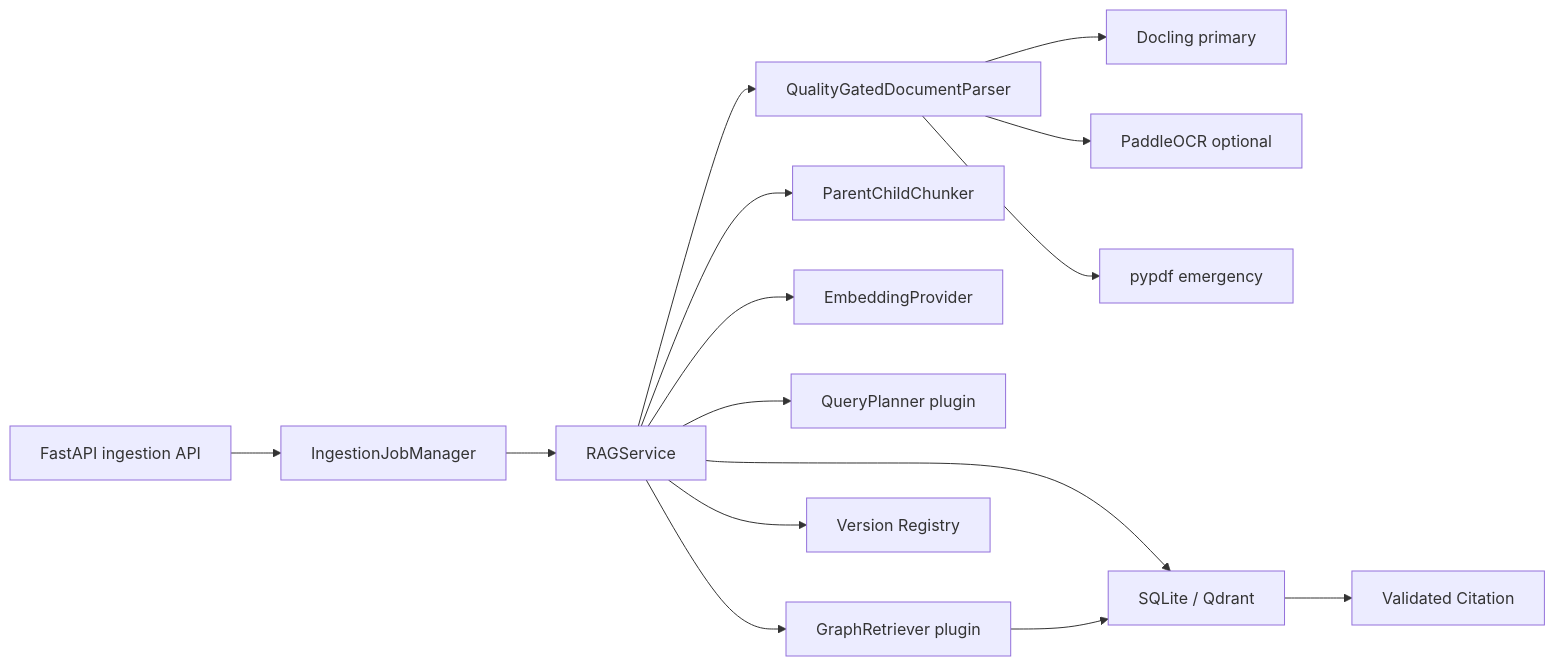
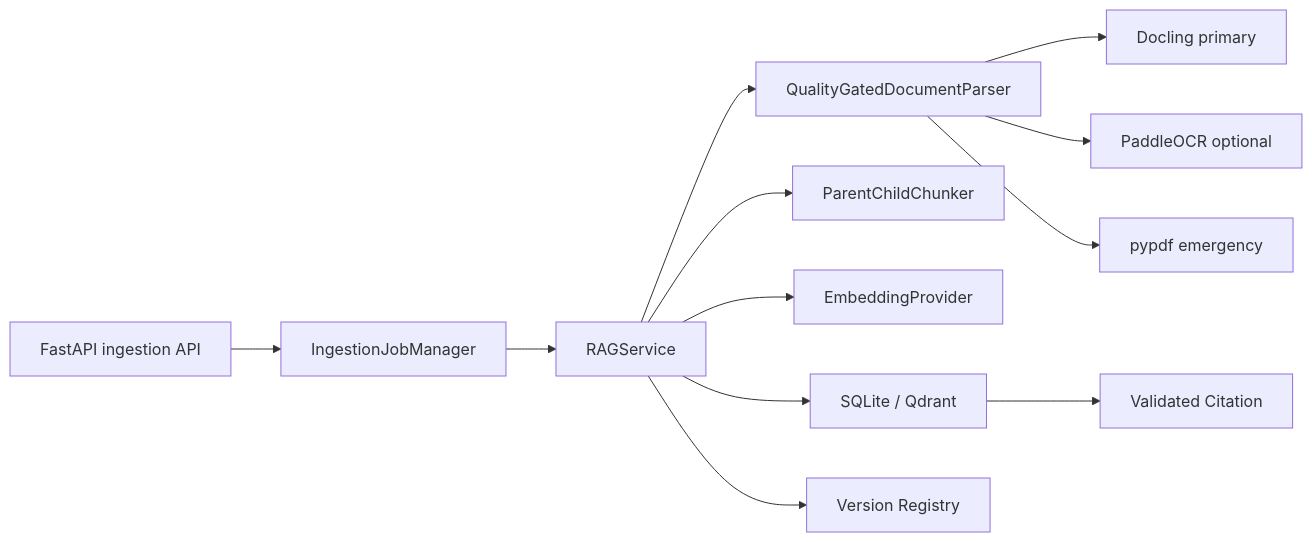
Before and after one commit to Cchena1/agentforge: the third of 6 diagrams in docs/architecture.md, drawn with Mermaid. The commit also changed other lines of this file and 11 other files, not shown here.

Commit message:
revert: move GraphRAG exploration to feature branch

````diff
--- a/docs/architecture.md
+++ b/docs/architecture.md
@@ -308,17 +307,14 @@
 ```mermaid
 flowchart LR
     API["FastAPI ingestion API"] --> Jobs["IngestionJobManager"]
     Jobs --> RAG["RAGService"]
     RAG --> Parser["QualityGatedDocumentParser"]
     Parser --> Docling["Docling primary"]
     Parser --> OCR["PaddleOCR optional"]
     Parser --> PyPDF["pypdf emergency"]
     RAG --> Chunker["ParentChildChunker"]
     RAG --> Embed["EmbeddingProvider"]
     RAG --> Store["SQLite / Qdrant"]
-    RAG --> Planner["QueryPlanner plugin"]
-    RAG --> Graph["GraphRetriever plugin"]
-    Graph --> Store
     RAG --> Registry["Version Registry"]
     Store --> Citation["Validated Citation"]
 ```
````
